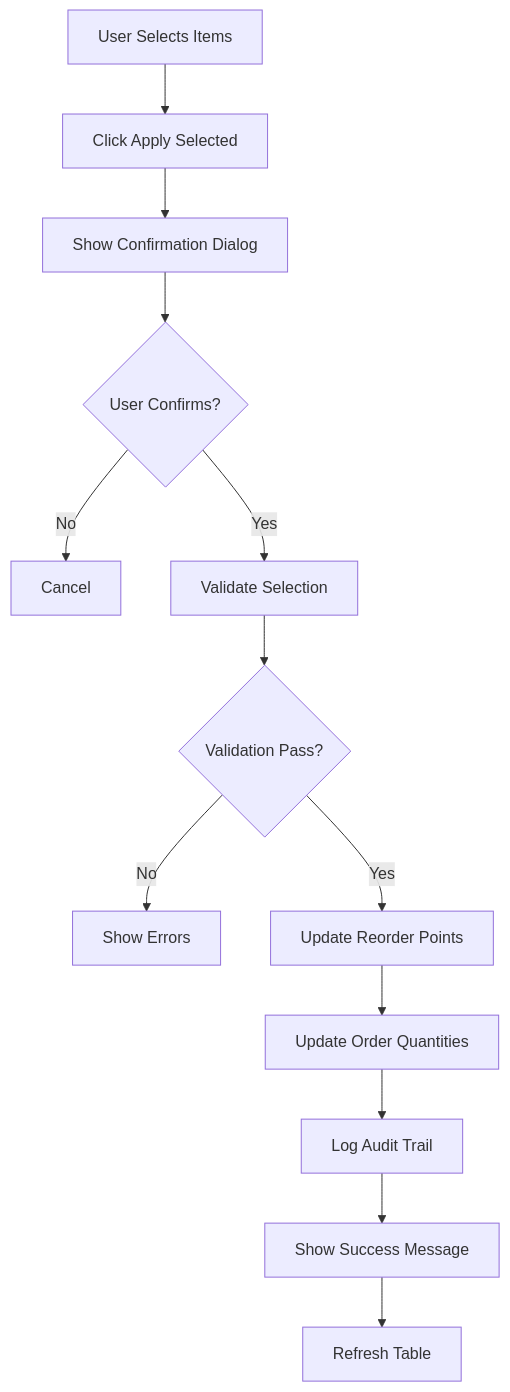
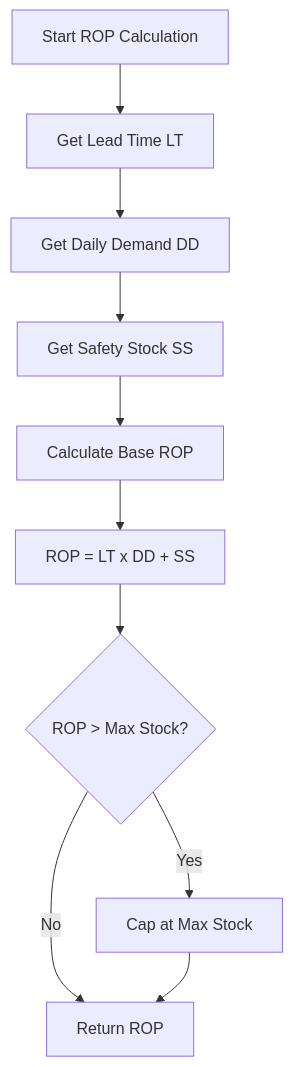
One commit to PeakMNA/carmen changed the eighth of 32 diagrams in docs/app/operational-planning/inventory-planning/FD-inventory-planning.md. Above: the diagram before and after it, drawn with Mermaid. The commit also changed other lines of this file and 473 other files, not shown here.

````diff
--- a/docs/app/operational-planning/inventory-planning/FD-inventory-planning.md
+++ b/docs/app/operational-planning/inventory-planning/FD-inventory-planning.md
@@ -138,18 +191,14 @@
 ```mermaid
 graph TB
-    A[User Selects Items] --> B[Click Apply Selected]
-    B --> C[Show Confirmation Dialog]
-    C --> D{User Confirms?}
+    A[Start ROP Calculation] --> B[Get Lead Time LT]
+    B --> C[Get Daily Demand DD]
+    C --> D[Get Safety Stock SS]
 
-    D -->|No| E[Cancel]
-    D -->|Yes| F[Validate Selection]
+    D --> E[Calculate Base ROP]
+    E --> F[ROP = LT x DD + SS]
 
-    F --> G{Validation Pass?}
-    G -->|No| H[Show Errors]
-    G -->|Yes| I[Update Reorder Points]
-
-    I --> J[Update Order Quantities]
-    J --> K[Log Audit Trail]
-    K --> L[Show Success Message]
-    L --> M[Refresh Table]
+    F --> G{ROP > Max Stock?}
+    G -->|Yes| H[Cap at Max Stock]
+    G -->|No| I[Return ROP]
+    H --> I
 ```
````
